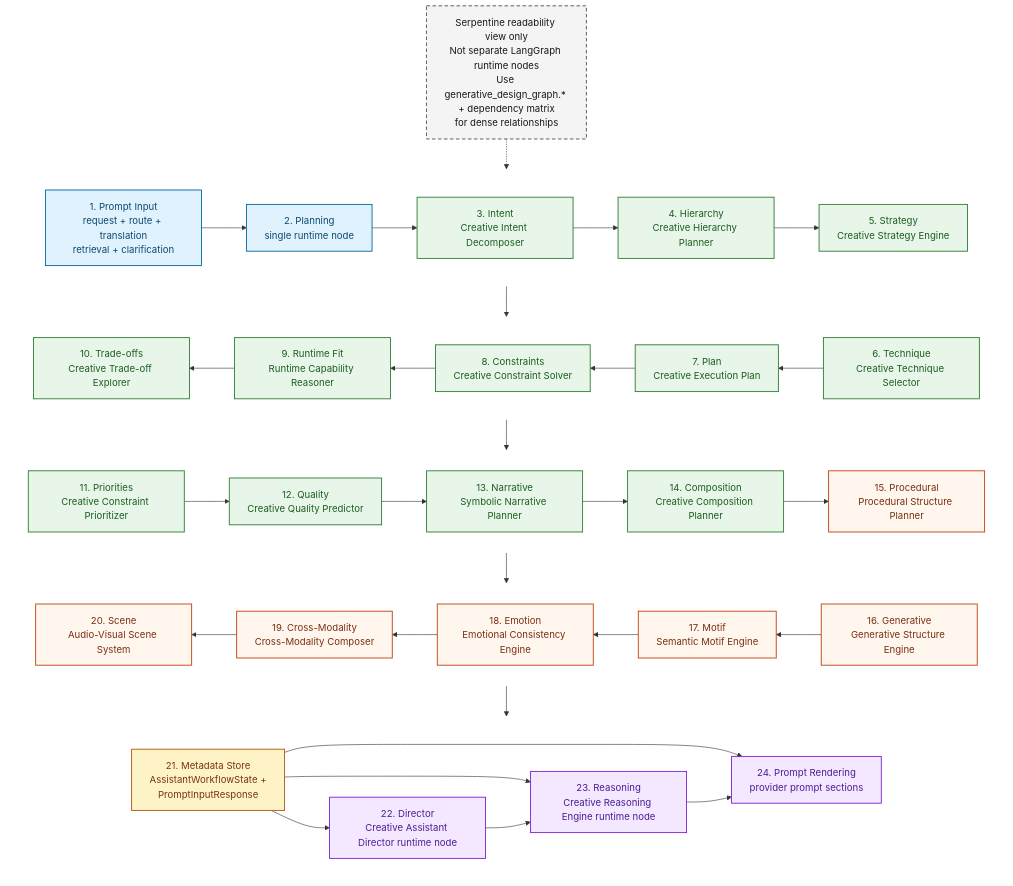
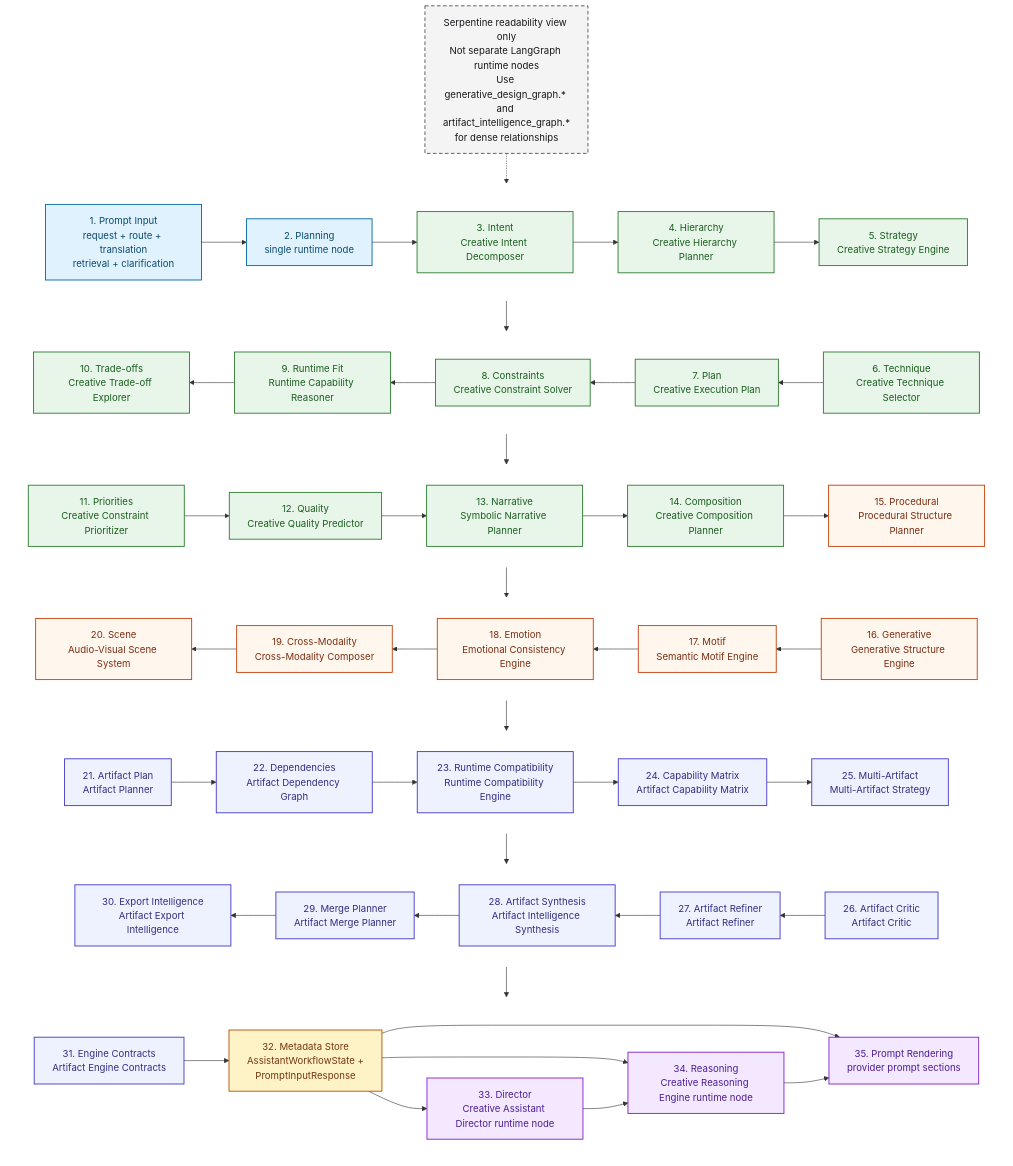
The diagram in architecture/creative_intelligence_graph.md (lmguerrini/creative-coding-assistant), drawn with Mermaid before and after one commit. The commit also changed other lines of this file and 8 other files, not shown here.

First line of the commit message:
Document V3.3 Artifact Intelligence Architecture

````diff
--- a/architecture/creative_intelligence_graph.md
+++ b/architecture/creative_intelligence_graph.md
@@ -38,6 +44,7 @@
     classDef runtime fill:#E0F2FE,stroke:#0369A1,color:#0C4A6E,stroke-width:1.5px;
     classDef cognition fill:#E8F5E9,stroke:#2E7D32,color:#1B5E20,stroke-width:1.5px;
     classDef design fill:#FFF7ED,stroke:#C2410C,color:#7C2D12,stroke-width:1.5px;
+    classDef artifact fill:#EEF2FF,stroke:#4338CA,color:#312E81,stroke-width:1.5px;
     classDef store fill:#FEF3C7,stroke:#B45309,color:#78350F,stroke-width:1.5px;
     classDef consumer fill:#F3E8FF,stroke:#7E22CE,color:#4C1D95,stroke-width:1.5px;
     classDef note fill:#F4F4F5,stroke:#52525B,color:#18181B,stroke-width:1.5px,stroke-dasharray: 6 4;
@@ -80,19 +87,40 @@
 
     subgraph row_5[" "]
         direction LR
-        metadata_store["21. Metadata Store<br/>AssistantWorkflowState +<br/>PromptInputResponse"]:::store
-        director["22. Director<br/>Creative Assistant Director runtime node"]:::consumer
-        reasoning["23. Reasoning<br/>Creative Reasoning Engine runtime node"]:::consumer
-        prompt_rendering["24. Prompt Rendering<br/>provider prompt sections"]:::consumer
+        artifact_plan["21. Artifact Plan<br/>Artifact Planner"]:::artifact
+        dependency["22. Dependencies<br/>Artifact Dependency Graph"]:::artifact
+        compatibility["23. Runtime Compatibility<br/>Runtime Compatibility Engine"]:::artifact
+        capability["24. Capability Matrix<br/>Artifact Capability Matrix"]:::artifact
+        artifact_strategy["25. Multi-Artifact<br/>Multi-Artifact Strategy"]:::artifact
     end
 
-    note["Serpentine readability view only<br/>Not separate LangGraph runtime nodes<br/>Use generative_design_graph.* + dependency matrix<br/>for dense relationships"]:::note
+    subgraph row_6[" "]
+        direction RL
+        artifact_critic["26. Artifact Critic<br/>Artifact Critic"]:::artifact
+        artifact_refiner["27. Artifact Refiner<br/>Artifact Refiner"]:::artifact
+        artifact_synthesis["28. Artifact Synthesis<br/>Artifact Intelligence Synthesis"]:::artifact
+        merge_planner["29. Merge Planner<br/>Artifact Merge Planner"]:::artifact
+        export_intelligence["30. Export Intelligence<br/>Artifact Export Intelligence"]:::artifact
+    end
+
+    subgraph row_7[" "]
+        direction LR
+        contracts["31. Engine Contracts<br/>Artifact Engine Contracts"]:::artifact
+        metadata_store["32. Metadata Store<br/>AssistantWorkflowState +<br/>PromptInputResponse"]:::store
+        director["33. Director<br/>Creative Assistant Director runtime node"]:::consumer
+        reasoning["34. Reasoning<br/>Creative Reasoning Engine runtime node"]:::consumer
+        prompt_rendering["35. Prompt Rendering<br/>provider prompt sections"]:::consumer
+    end
+
+    note["Serpentine readability view only<br/>Not separate LangGraph runtime nodes<br/>Use generative_design_graph.* and artifact_intelligence_graph.*<br/>for dense relationships"]:::note
 
     prompt_input --> planning --> intent --> hierarchy --> strategy
     strategy --> techniques --> plan --> constraints --> runtime_reasoner --> tradeoffs
     tradeoffs --> priorities --> quality --> narrative --> composition --> procedural
     procedural --> generative --> motif --> emotion --> cross --> scene
-    scene --> metadata_store
+    scene --> artifact_plan --> dependency --> compatibility --> capability --> artifact_strategy
+    artifact_strategy --> artifact_critic --> artifact_refiner --> artifact_synthesis --> merge_planner --> export_intelligence
+    export_intelligence --> contracts --> metadata_store
     metadata_store --> director
     metadata_store --> reasoning
     metadata_store --> prompt_rendering
@@ -104,4 +132,6 @@
     style row_3 fill:none,stroke:none
     style row_4 fill:none,stroke:none
     style row_5 fill:none,stroke:none
+    style row_6 fill:none,stroke:none
+    style row_7 fill:none,stroke:none
 ```
````
